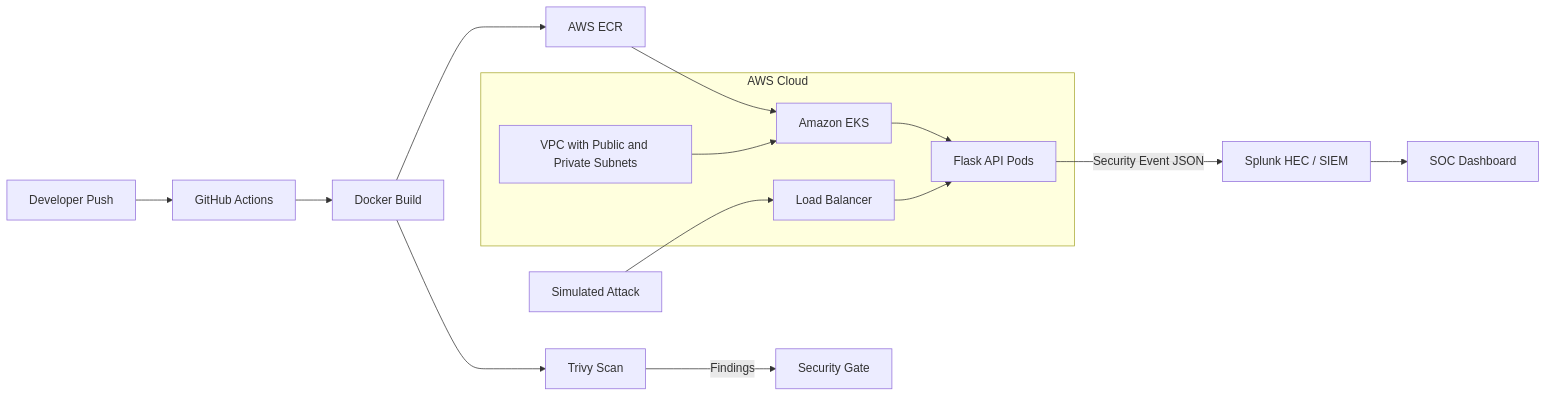
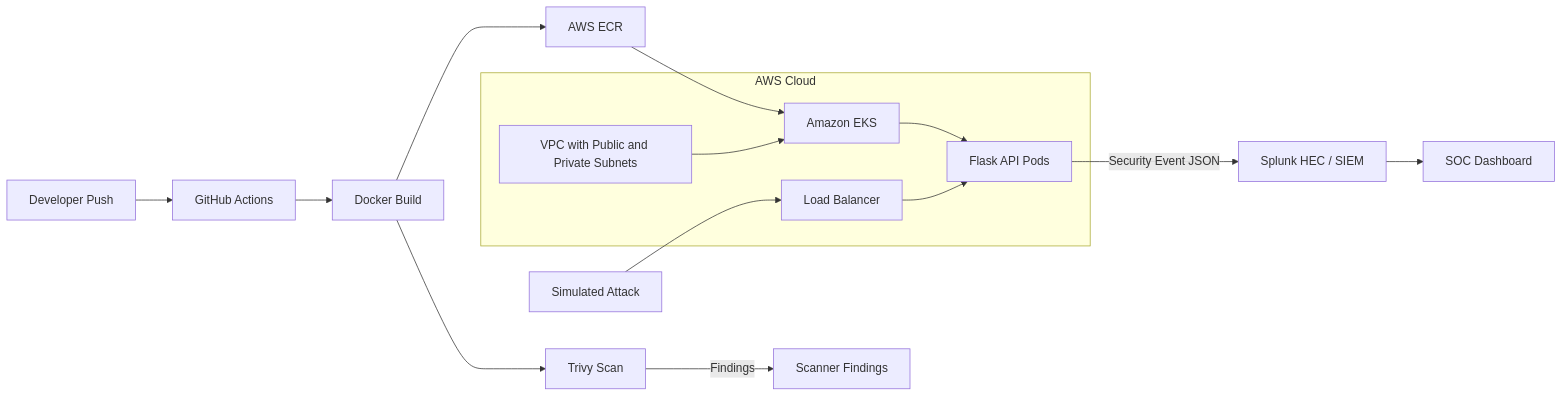
One commit to PeteAndrews1289/aws-devsecops-pipeline changed the diagram in README.md. Above: the diagram before and after it, drawn with Mermaid. The commit also changed other lines of this file, not shown here.

Commit message:
Clarify intentional Trivy findings

````diff
--- a/README.md
+++ b/README.md
@@ -28,23 +28,23 @@
 ```mermaid
 flowchart LR
     Dev[Developer Push] --> GHA[GitHub Actions]
     GHA --> Build[Docker Build]
     Build --> Trivy[Trivy Scan]
-    Trivy -->|Findings| Gate[Security Gate]
+    Trivy -->|Findings| Report[Scanner Findings]
     Build --> ECR[AWS ECR]
 
     subgraph AWS[AWS Cloud]
         VPC[VPC with Public and Private Subnets]
         EKS[Amazon EKS]
         Pod[Flask API Pods]
         ALB[Load Balancer]
     end
 
     ECR --> EKS
     VPC --> EKS
     EKS --> Pod
     ALB --> Pod
     Attacker[Simulated Attack] --> ALB
     Pod -->|Security Event JSON| Splunk[Splunk HEC / SIEM]
     Splunk --> Dashboard[SOC Dashboard]
 ```
````
